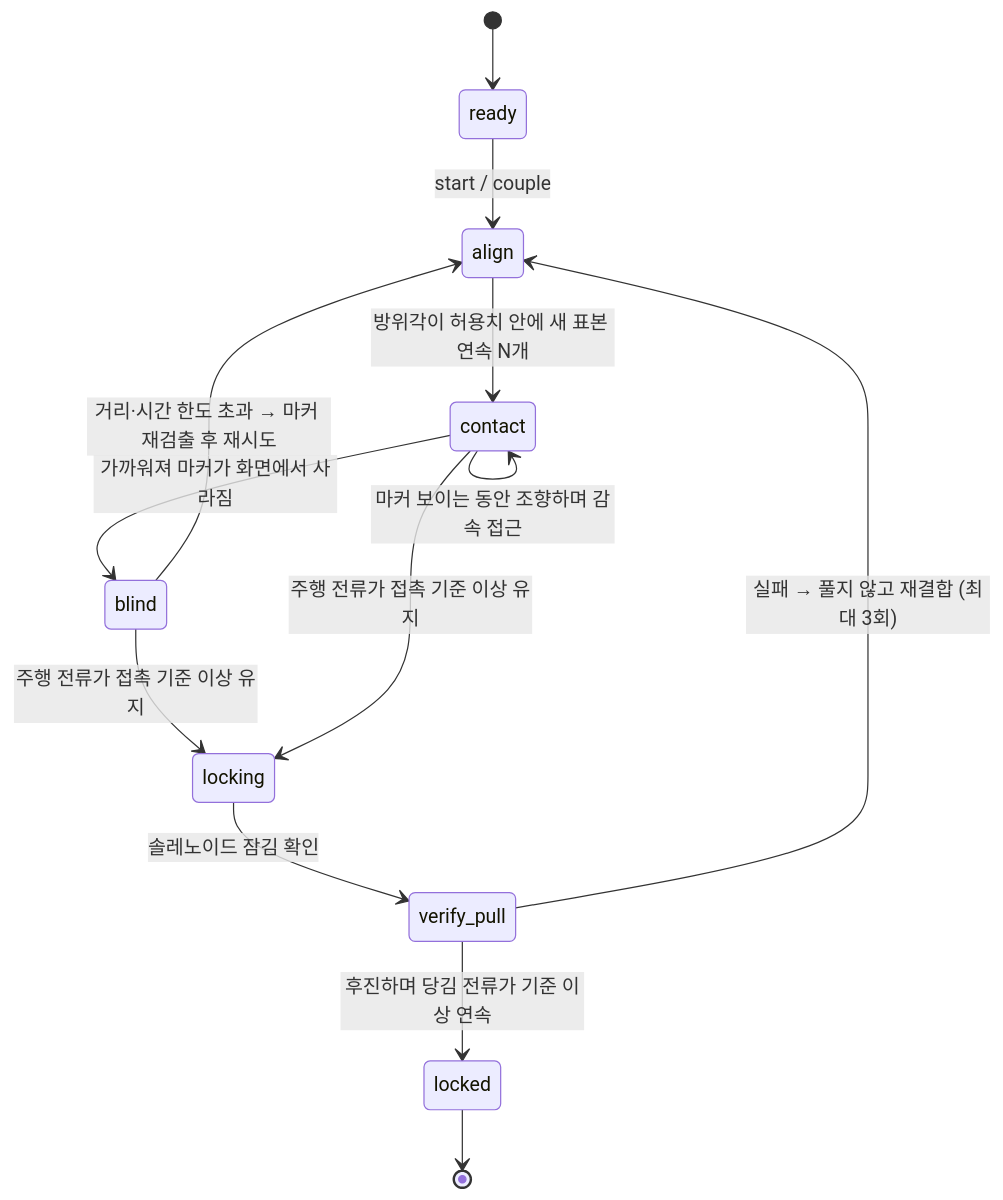
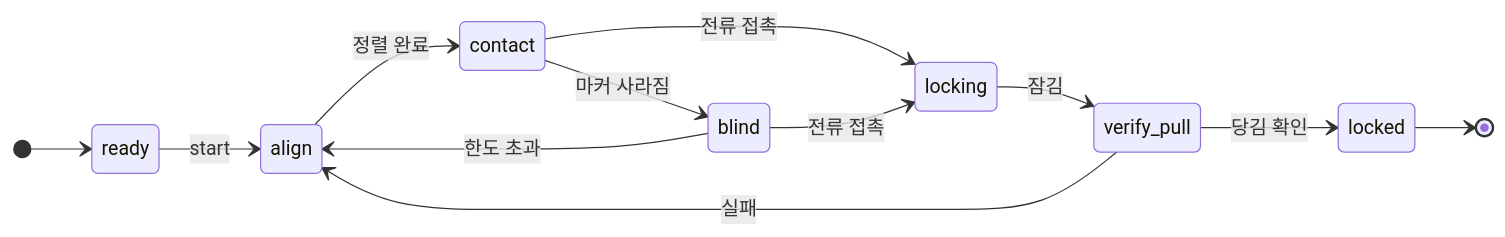
The third of 3 diagrams in README.md (Dongho-Kang-korea/KIro_review_Pi), drawn with Mermaid before and after one commit. The commit also changed other lines of this file, not shown here.

Commit message:
README: 상태도가 GitHub 미리보기에서 잘리지 않게 가로로
적재·결합 상태도가 세로로 길고 화살표 설명이 길어, GitHub 의 mermaid
미리보기 칸에서 위쪽(ready -> align)만 보이고 나머지가 잘렸다. 가로
방향으로 바꾸고 화살표 설명을 짧게 줄였다. 줄인 전환 조건은 상태도 아래
본문에 옮겨 적었다.

````diff
--- a/README.md
+++ b/README.md
@@ -288,15 +293,15 @@
 ```mermaid
 stateDiagram-v2
+    direction LR
     [*] --> ready
-    ready --> align: start / couple
-    align --> contact: 방위각이 허용치 안에 새 표본 연속 N개
-    contact --> contact: 마커 보이는 동안 조향하며 감속 접근
-    contact --> blind: 가까워져 마커가 화면에서 사라짐
-    blind --> locking: 주행 전류가 접촉 기준 이상 유지
-    contact --> locking: 주행 전류가 접촉 기준 이상 유지
-    locking --> verify_pull: 솔레노이드 잠김 확인
-    verify_pull --> locked: 후진하며 당김 전류가 기준 이상 연속
-    verify_pull --> align: 실패 → 풀지 않고 재결합 (최대 3회)
-    blind --> align: 거리·시간 한도 초과 → 마커 재검출 후 재시도
+    ready --> align: start
+    align --> contact: 정렬 완료
+    contact --> blind: 마커 사라짐
+    contact --> locking: 전류 접촉
+    blind --> locking: 전류 접촉
+    blind --> align: 한도 초과
+    locking --> verify_pull: 잠김
+    verify_pull --> locked: 당김 확인
+    verify_pull --> align: 실패
     locked --> [*]
 ```
````
